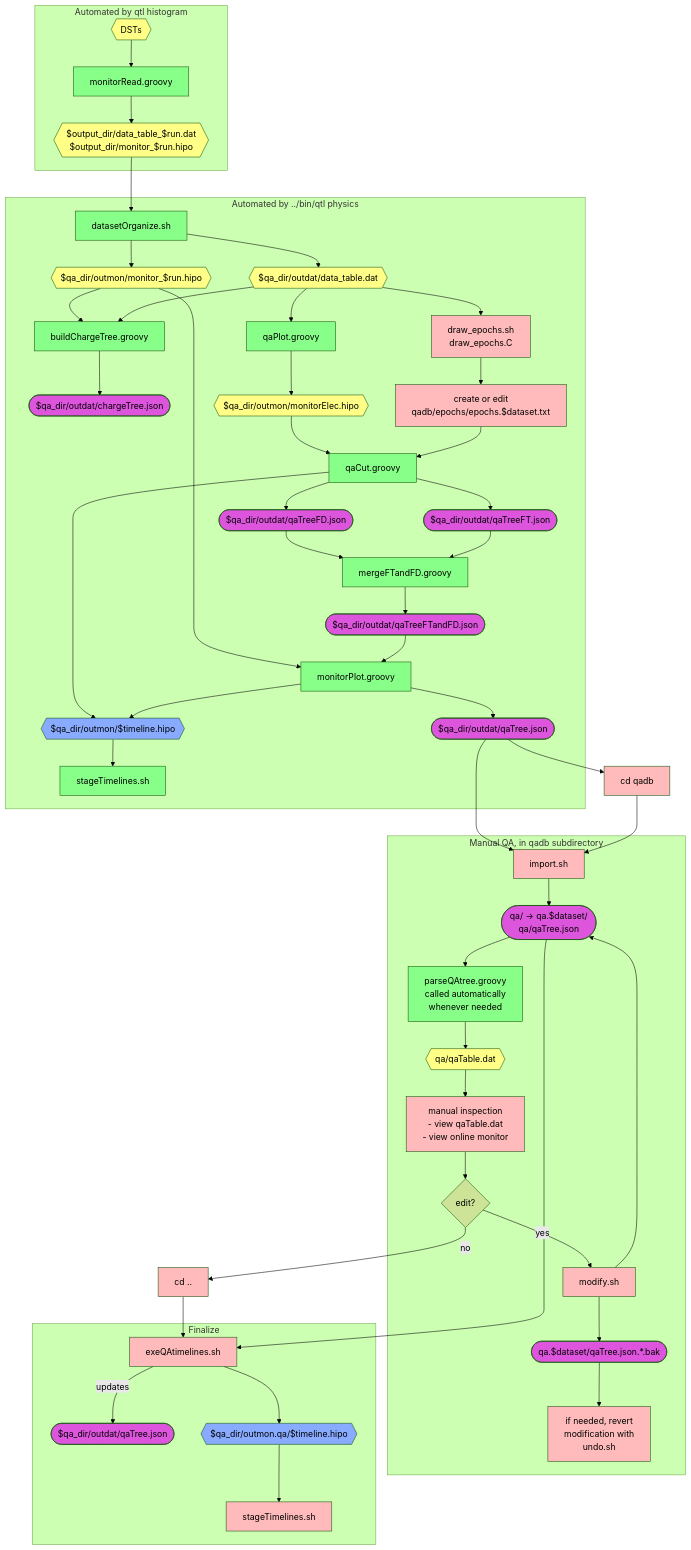
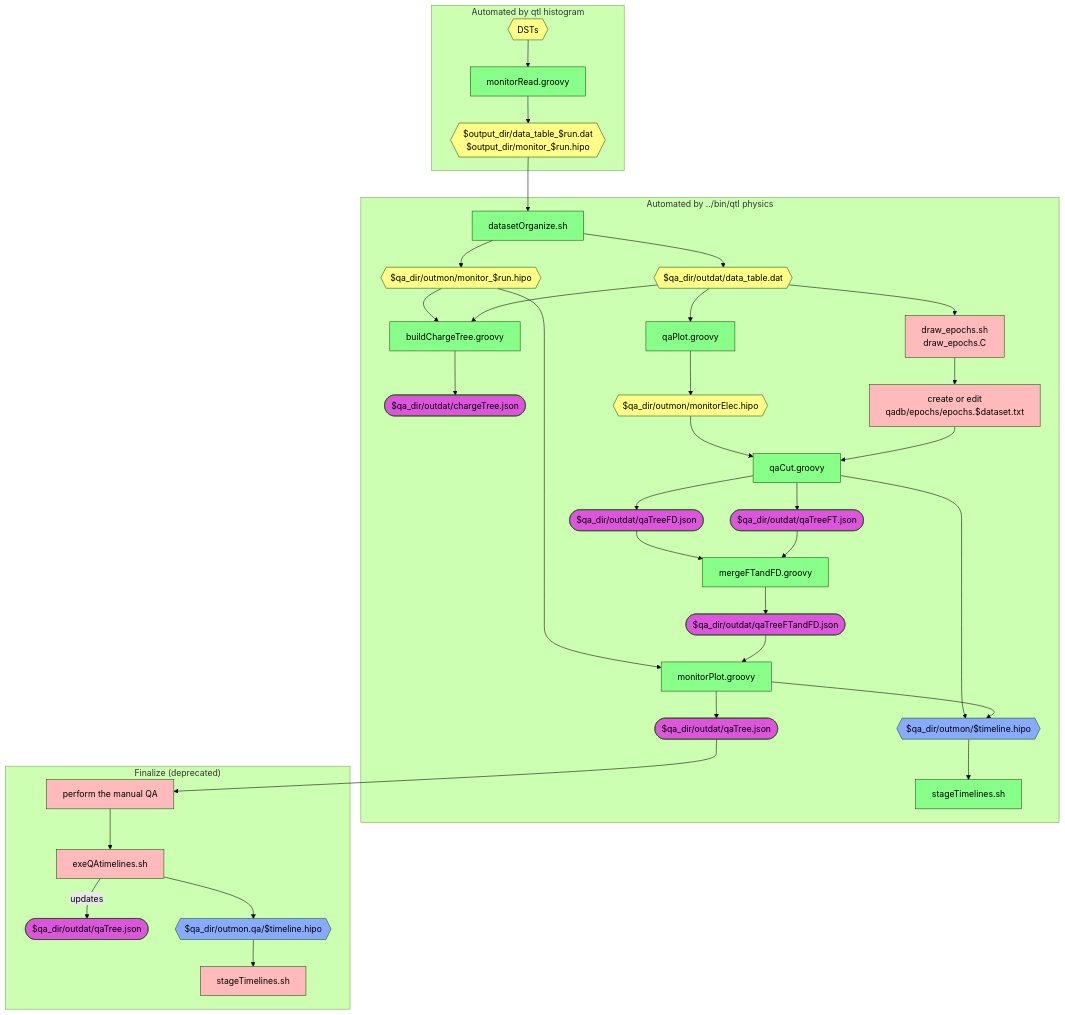
The second of 2 diagrams in qa-physics/docs/docDiagram.md (JeffersonLab/clas12-timeline), drawn with Mermaid (forest theme) before and after one commit.

````diff
--- a/qa-physics/docs/docDiagram.md
+++ b/qa-physics/docs/docDiagram.md
@@ -30,5 +31,11 @@
 ```mermaid
 flowchart TB
+
+    classDef data fill:#ff8,color:black
+    classDef auto fill:#8f8,color:black
+    classDef manual fill:#fbb,color:black
+    classDef timeline fill:#8af,color:black
+    classDef json fill:#d5d,color:black
 
     subgraph "Automated by qtl histogram"
       dst{{DSTs}}:::data
@@ -83,49 +90,16 @@
       timelineFiles --> stage0
     end
 
-    subgraph "Manual QA, in qadb subdirectory"
-      import[import.sh]:::manual
-      qaLoc([qa/ -> qa.$dataset/<br>qa/qaTree.json]):::json
-      parse[parseQAtree.groovy<br>called automatically<br>whenever needed]:::auto
-      qaTable{{qa/qaTable.dat}}:::data
-
-      qaTree --> import
-      import --> qaLoc
-      qaLoc --> parse
-      parse --> qaTable
-
-      inspect[manual inspection<br>- view qaTable.dat<br>- view online monitor]:::manual
-      qaTable --> inspect
-      inspect --> edit{edit?}
-
-      modify[modify.sh]:::manual
-      qaBak([qa.$dataset/qaTree.json.*.bak]):::json
-      undo[if needed, revert<br>modification with<br>undo.sh]:::manual
-      edit -->|yes|modify
-      modify --> qaLoc
-      modify --> qaBak
-      qaBak --> undo
-    end
-
-    subgraph "Finalize"
+    subgraph "Finalize (deprecated)"
+      manualQA[perform the manual QA]:::manual
       exeQAtimelines[exeQAtimelines.sh]:::manual
       qaTreeUpdated([$qa_dir/outdat/qaTree.json]):::json
       qaTL{{$qa_dir/outmon.qa/$timeline.hipo}}:::timeline
       stage1[stageTimelines.sh]:::manual
-      qaLoc --> exeQAtimelines
+      qaTree --> manualQA
+      manualQA --> exeQAtimelines
       exeQAtimelines --> qaTL
       exeQAtimelines -->|updates|qaTreeUpdated
       qaTL --> stage1
     end
-
-    qaTree --> cd0[cd qadb]:::manual
-    cd0 --> import
-    edit -->|no|cd1[cd ..]:::manual
-    cd1 --> exeQAtimelines
-
-    classDef data fill:#ff8,color:black
-    classDef auto fill:#8f8,color:black
-    classDef manual fill:#fbb,color:black
-    classDef timeline fill:#8af,color:black
-    classDef json fill:#d5d,color:black
 ```
````
